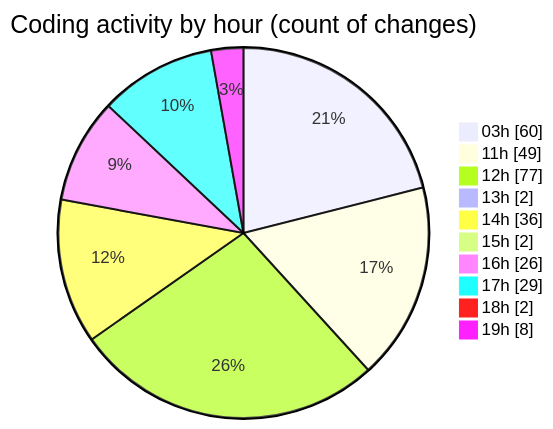
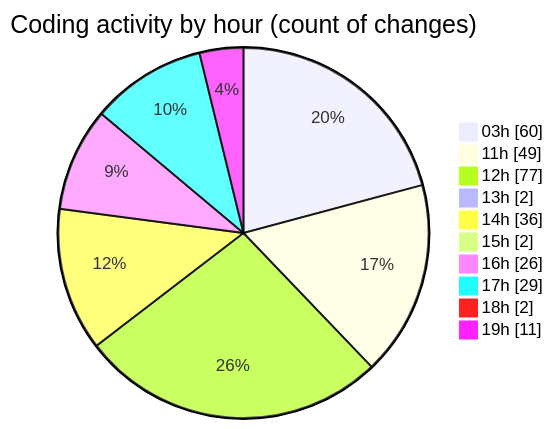
The second of 2 diagrams in 2025-07-02/mern-thinkboard/README.md (Ritupan-Deka/code-tracking), drawn with Mermaid before and after one commit. The commit also changed other lines of this file and 1 other file, not shown here.

````diff
--- a/2025-07-02/mern-thinkboard/README.md
+++ b/2025-07-02/mern-thinkboard/README.md
@@ -41,14 +41,14 @@
 ```mermaid
 pie showData
 title Coding activity by hour (count of changes)
 "03h" : 60
 "11h" : 49
 "12h" : 77
 "13h" : 2
 "14h" : 36
 "15h" : 2
 "16h" : 26
 "17h" : 29
 "18h" : 2
-"19h" : 8
+"19h" : 11
 ```
````
